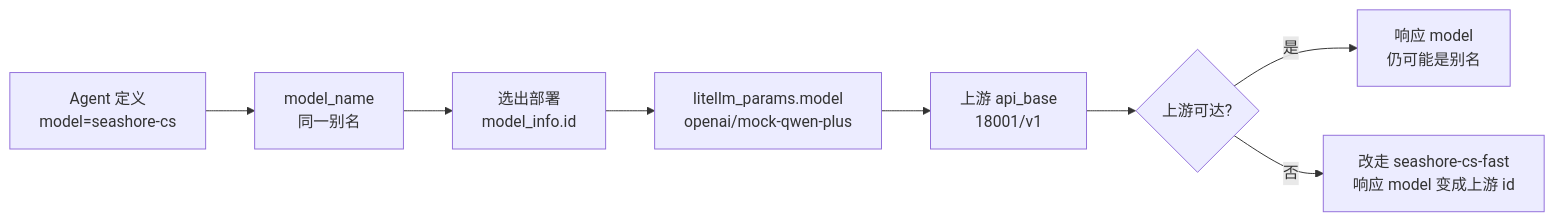
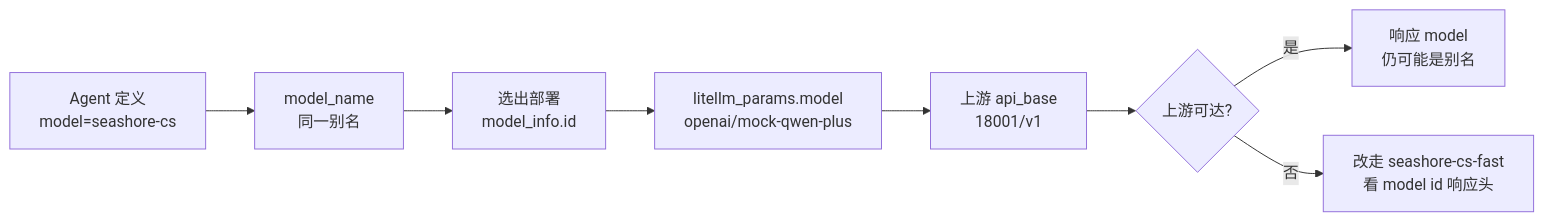
One commit to ybak/ai-tutorial changed the diagram in books/litellm/chapters/06-model-alias.md. Above: the diagram before and after it, drawn with Mermaid. The commit also changed other lines of this file and 30 other files, not shown here.

````diff
--- a/books/litellm/chapters/06-model-alias.md
+++ b/books/litellm/chapters/06-model-alias.md
@@ -11,10 +11,10 @@
 ```mermaid
 flowchart LR
     A["Agent 定义<br/>model=seashore-cs"] --> B["model_name<br/>同一别名"]
     B --> C["选出部署<br/>model_info.id"]
     C --> D["litellm_params.model<br/>openai/mock-qwen-plus"]
     D --> E["上游 api_base<br/>18001/v1"]
     E --> F{"上游可达?"}
     F -->|"是"| G["响应 model<br/>仍可能是别名"]
-    F -->|"否"| H["改走 seashore-cs-fast<br/>响应 model 变成上游 id"]
+    F -->|"否"| H["改走 seashore-cs-fast<br/>看 model id 响应头"]
 ```
````
